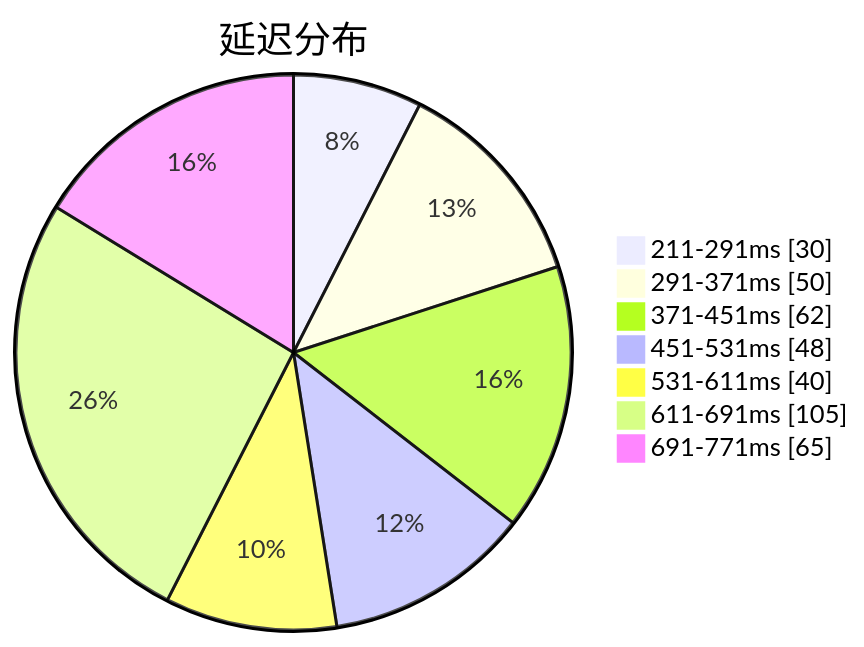
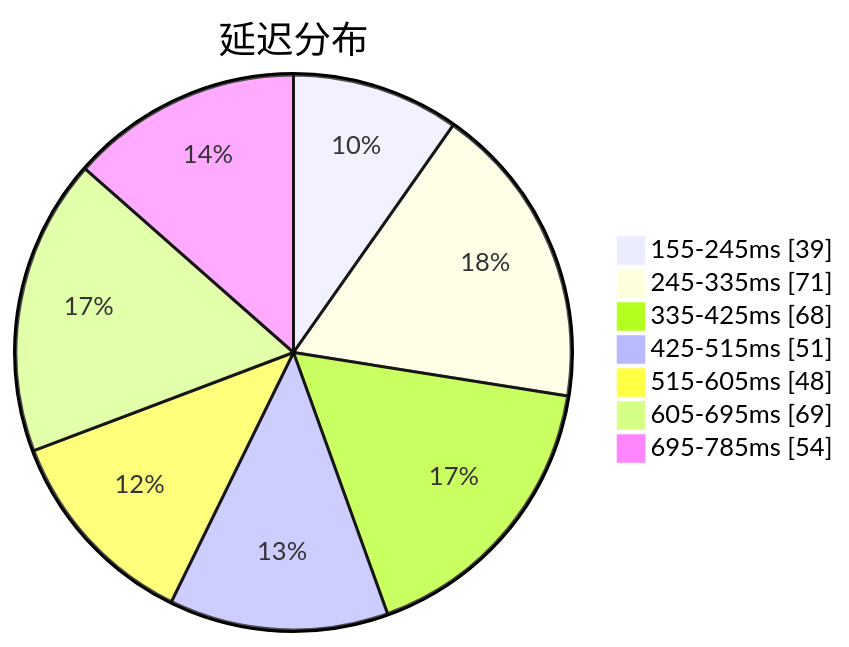
One commit to qjlxg/airport changed the first of 3 diagrams in subs/statistics/tested_within.md. Above: the diagram before and after it, drawn with Mermaid. The commit also changed other lines of this file and 2 other files, not shown here.

````diff
--- a/subs/statistics/tested_within.md
+++ b/subs/statistics/tested_within.md
@@ -2,11 +2,11 @@
 ```mermaid
 pie showData
 title 延迟分布
-"211-291ms" : 30
-"291-371ms" : 50
-"371-451ms" : 62
-"451-531ms" : 48
-"531-611ms" : 40
-"611-691ms" : 105
-"691-771ms" : 65
+"155-245ms" : 39
+"245-335ms" : 71
+"335-425ms" : 68
+"425-515ms" : 51
+"515-605ms" : 48
+"605-695ms" : 69
+"695-785ms" : 54
 ```
````
